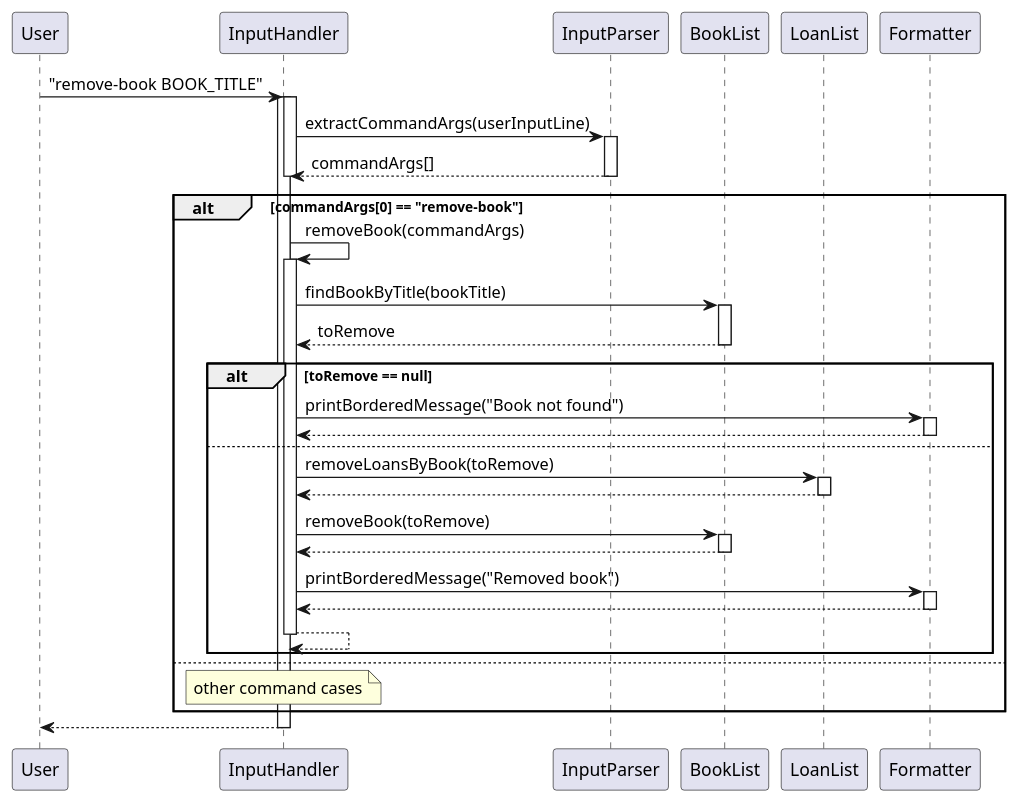
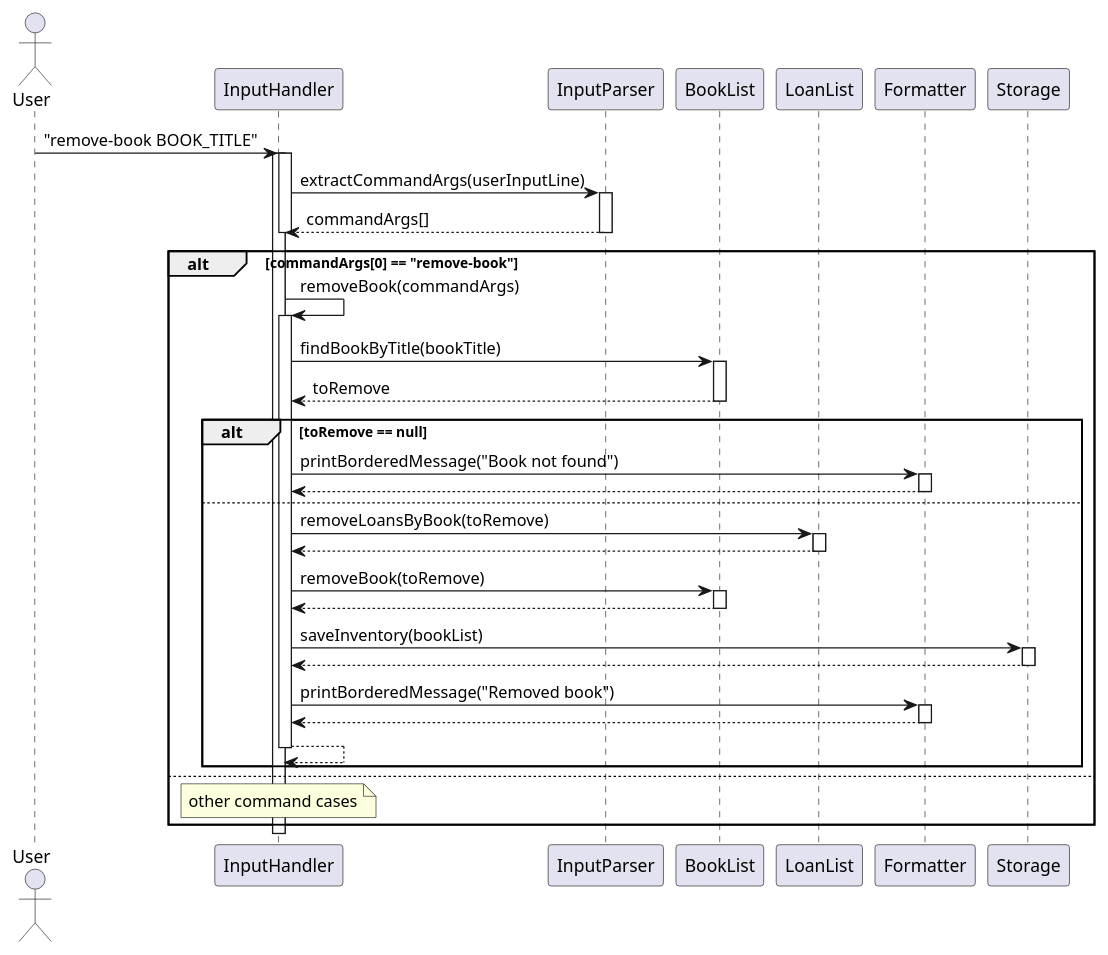
One commit to AY2425S2-CS2113-T12-2/tp changed the diagram in docs/diagrams/removeBook.puml. Above: the diagram before and after it, drawn with PlantUML. The commit also changed 3 other files, not shown here.

Commit message:
update DG with documentation for saveInventory

```diff
--- a/docs/diagrams/removeBook.puml
+++ b/docs/diagrams/removeBook.puml
@@ -1,55 +1,58 @@
 @startuml
-participant User
+actor User
 participant InputHandler
 participant InputParser
 participant BookList
 participant LoanList
 participant Formatter
+participant Storage
 
 User -> InputHandler: "remove-book BOOK_TITLE"
 activate InputHandler
     activate InputHandler
     InputHandler -> InputParser: extractCommandArgs(userInputLine)
     activate InputParser
     InputParser --> InputHandler: commandArgs[]
     deactivate InputHandler
     deactivate InputParser
     alt commandArgs[0] == "remove-book"
         InputHandler -> InputHandler: removeBook(commandArgs)
         activate InputHandler
         InputHandler -> BookList: findBookByTitle(bookTitle)
         activate BookList
         BookList --> InputHandler: toRemove
         deactivate BookList
         alt toRemove == null
             InputHandler -> Formatter: printBorderedMessage("Book not found")
             activate Formatter
             Formatter --> InputHandler
             deactivate Formatter
         else
             InputHandler -> LoanList: removeLoansByBook(toRemove)
             activate LoanList
             LoanList --> InputHandler
             deactivate LoanList
 
             InputHandler -> BookList: removeBook(toRemove)
             activate BookList
             BookList --> InputHandler
             deactivate BookList
-
+            InputHandler -> Storage: saveInventory(bookList)
+            activate Storage
+            Storage --> InputHandler
+            deactivate Storage
             InputHandler -> Formatter: printBorderedMessage("Removed book")
             activate Formatter
             Formatter --> InputHandler
             deactivate Formatter
             InputHandler --> InputHandler
             deactivate InputHandler
         end
     else
     note over InputHandler
     other command cases
     end note
     end
 
-InputHandler --> User
 deactivate InputHandler
 @enduml
```
